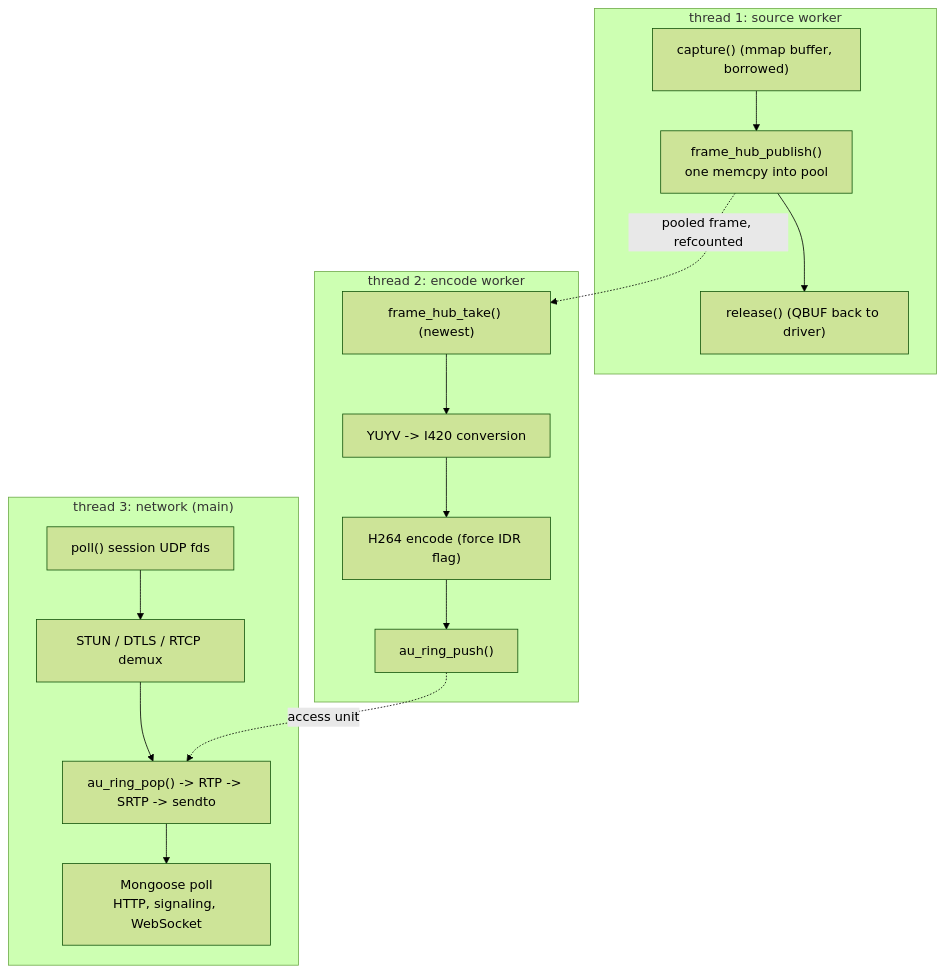
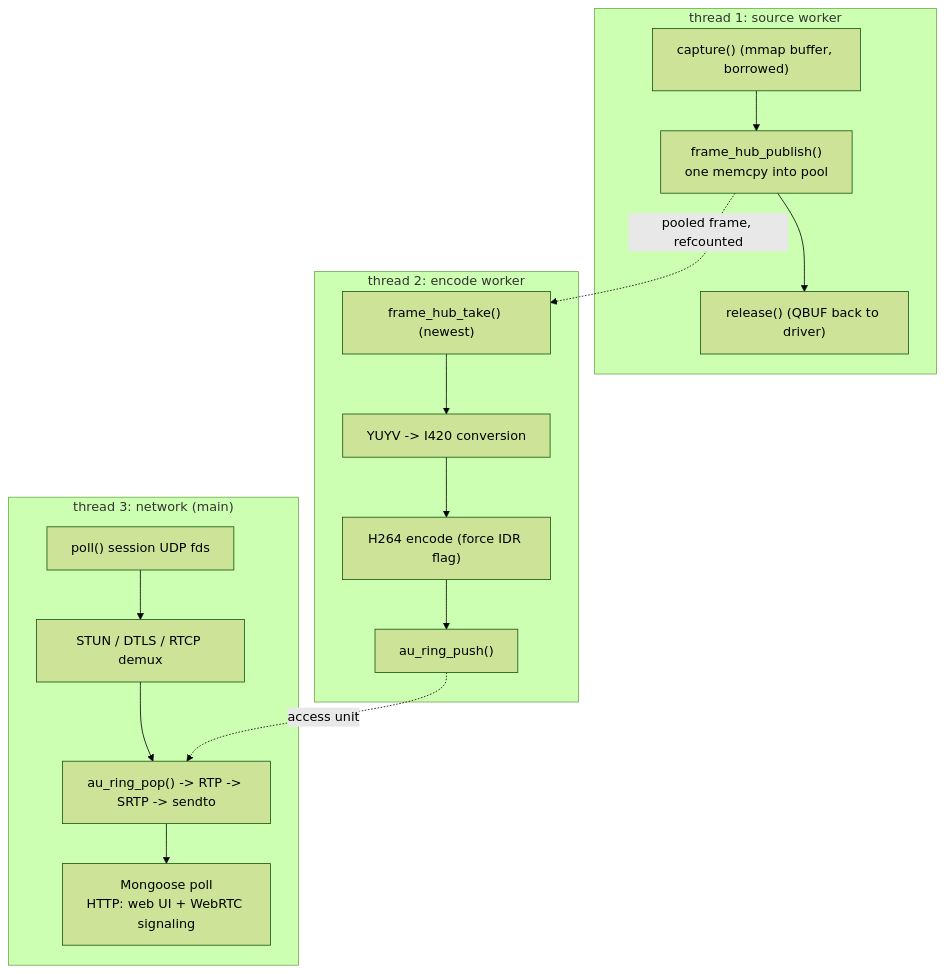
The second of 6 diagrams in README.md (ccsalman545/ideal-broccoli), drawn with Mermaid (forest theme) before and after one commit. The commit also changed other lines of this file and 36 other files, not shown here.

First line of the commit message:
WebRTC-only transport: remove legacy WebSocket video path; fix SDP/ICE

````diff
--- a/README.md
+++ b/README.md
@@ -125,22 +124,22 @@
 ```mermaid
 flowchart TB
     subgraph T1["thread 1: source worker"]
         A1["capture() (mmap buffer, borrowed)"] --> A2["frame_hub_publish()\none memcpy into pool"]
         A2 --> A3["release() (QBUF back to driver)"]
     end
 
     subgraph T2["thread 2: encode worker"]
         B1["frame_hub_take() (newest)"] --> B2["YUYV -> I420 conversion"]
         B2 --> B3["H264 encode (force IDR flag)"]
         B3 --> B4["au_ring_push()"]
     end
 
     subgraph T3["thread 3: network (main)"]
         C1["poll() session UDP fds"] --> C2["STUN / DTLS / RTCP demux"]
         C2 --> C3["au_ring_pop() -> RTP -> SRTP -> sendto"]
-        C3 --> C4["Mongoose poll\nHTTP, signaling, WebSocket"]
+        C3 --> C4["Mongoose poll\nHTTP: web UI + WebRTC signaling"]
     end
 
     A2 -. "pooled frame, refcounted" .-> B1
     B4 -. "access unit" .-> C3
 ```
````
